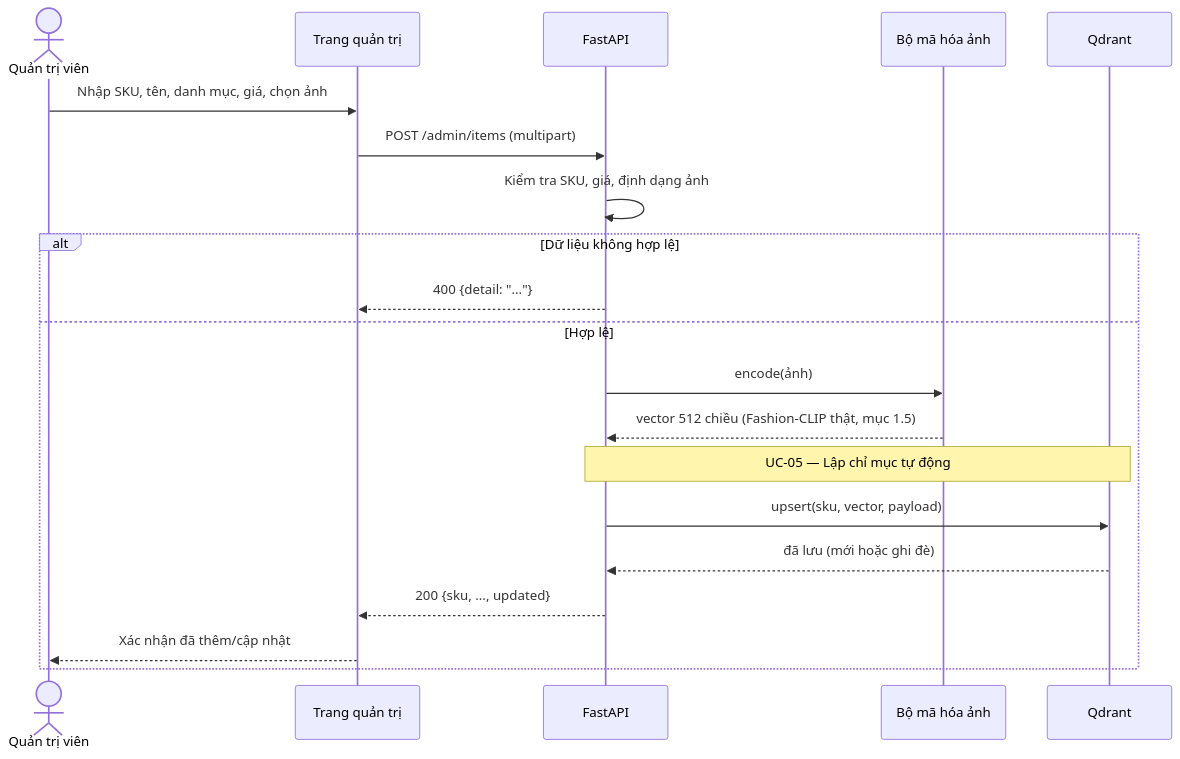
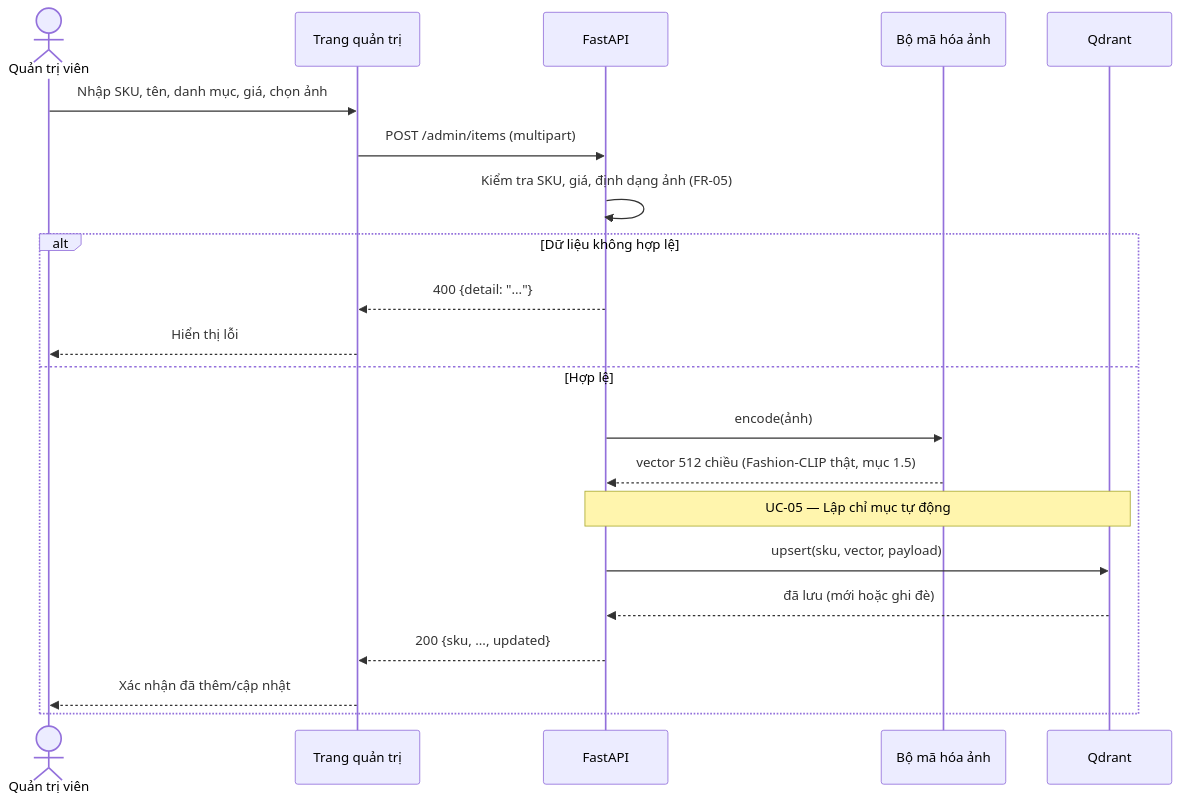
Before and after one commit to hotdua147/SoftwareEngineering: the fifth of 5 diagrams in README.md, drawn with Mermaid. The commit also changed other lines of this file, not shown here.

````diff
--- a/README.md
+++ b/README.md
@@ -218,23 +218,24 @@
 ```mermaid
 sequenceDiagram
     actor QT as Quản trị viên
     participant WEB as Trang quản trị
     participant API as FastAPI
     participant ENC as Bộ mã hóa ảnh
     participant DB as Qdrant
 
     QT->>WEB: Nhập SKU, tên, danh mục, giá, chọn ảnh
     WEB->>API: POST /admin/items (multipart)
-    API->>API: Kiểm tra SKU, giá, định dạng ảnh
+    API->>API: Kiểm tra SKU, giá, định dạng ảnh (FR-05)
     alt Dữ liệu không hợp lệ
         API-->>WEB: 400 {detail: "..."}
+        WEB-->>QT: Hiển thị lỗi
     else Hợp lệ
         API->>ENC: encode(ảnh)
         ENC-->>API: vector 512 chiều (Fashion-CLIP thật, mục 1.5)
         Note over API,DB: UC-05 — Lập chỉ mục tự động
         API->>DB: upsert(sku, vector, payload)
         DB-->>API: đã lưu (mới hoặc ghi đè)
         API-->>WEB: 200 {sku, ..., updated}
         WEB-->>QT: Xác nhận đã thêm/cập nhật
     end
 ```
````
